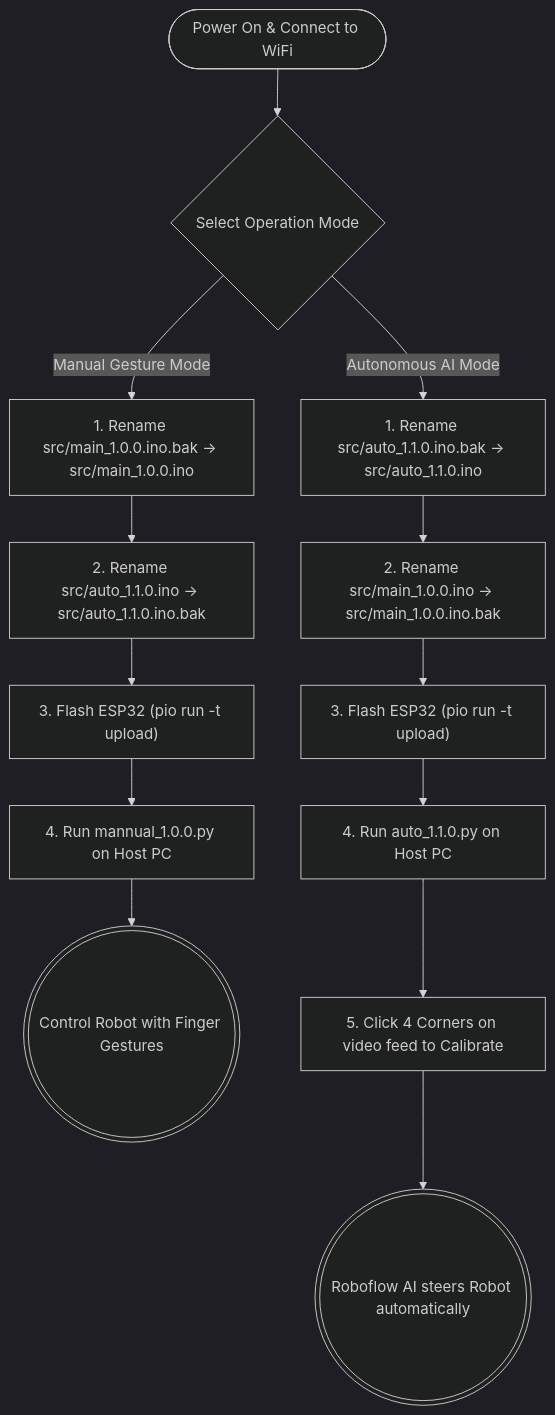
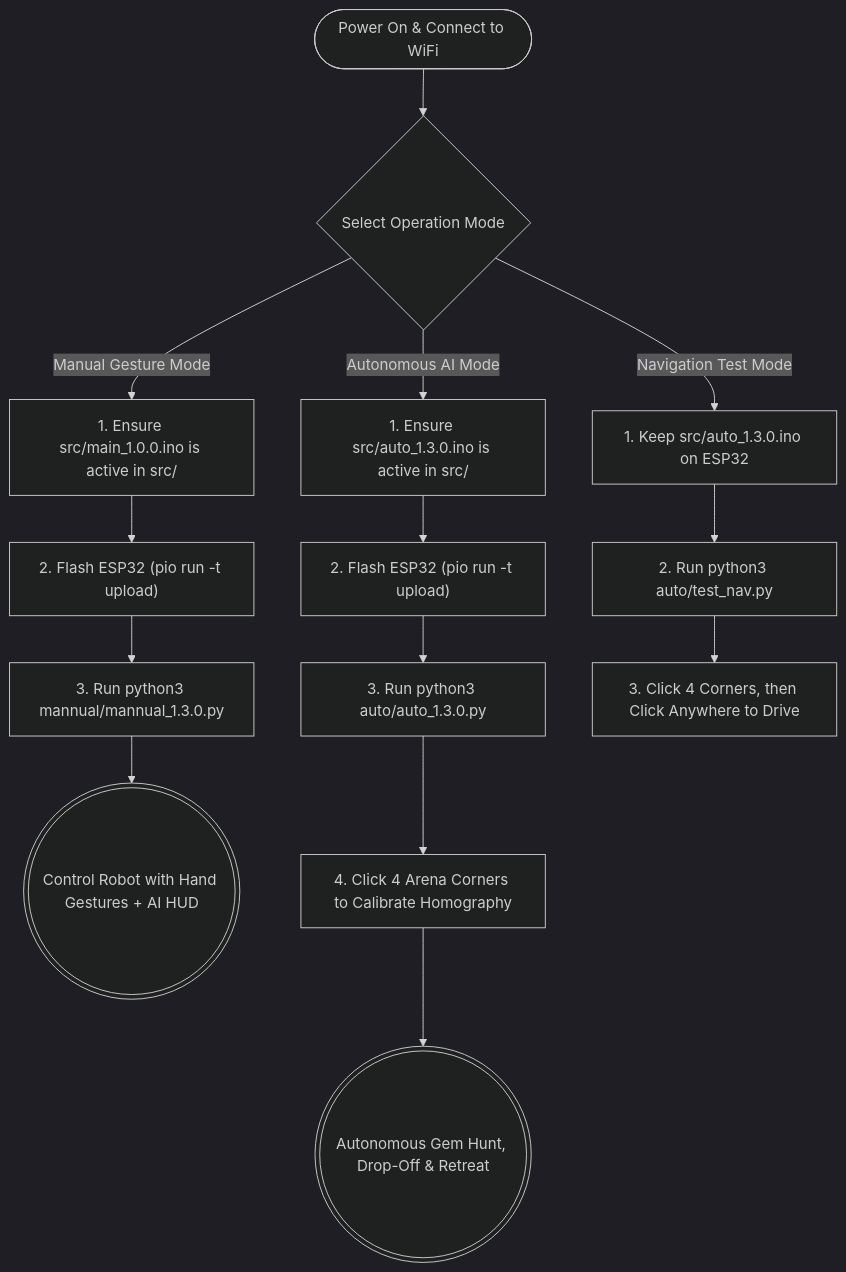
The diagram in README.md (Pr3mz/Eng-Expo), drawn with Mermaid (dark theme) before and after one commit. The commit also changed other lines of this file and 24 other files, not shown here.

First line of the commit message:
Add lessons learned document and update manual for gesture control and motor safety

````diff
--- a/README.md
+++ b/README.md
@@ -13,19 +43,22 @@
 ```mermaid
 flowchart TD
     Start([Power On & Connect to WiFi]) --> Choose{Select Operation Mode}
 
     %% MANUAL MODE PATH
-    Choose -->|Manual Gesture Mode| M1["1. Rename src/main_1.0.0.ino.bak -> src/main_1.0.0.ino"]
-    M1 --> M2["2. Rename src/auto_1.1.0.ino -> src/auto_1.1.0.ino.bak"]
-    M2 --> M3["3. Flash ESP32 (pio run -t upload)"]
-    M3 --> M4["4. Run mannual_1.0.0.py on Host PC"]
-    M4 --> M5(((Control Robot with Finger Gestures)))
+    Choose -->|Manual Gesture Mode| M1["1. Ensure src/main_1.0.0.ino is active in src/"]
+    M1 --> M2["2. Flash ESP32 (pio run -t upload)"]
+    M2 --> M3["3. Run python3 mannual/mannual_1.3.0.py"]
+    M3 --> M4(((Control Robot with Hand Gestures + AI HUD)))
 
     %% AUTO MODE PATH
-    Choose -->|Autonomous AI Mode| A1["1. Rename src/auto_1.1.0.ino.bak -> src/auto_1.1.0.ino"]
-    A1 --> A2["2. Rename src/main_1.0.0.ino -> src/main_1.0.0.ino.bak"]
-    A2 --> A3["3. Flash ESP32 (pio run -t upload)"]
-    A3 --> A4["4. Run auto_1.1.0.py on Host PC"]
-    A4 --> A5["5. Click 4 Corners on video feed to Calibrate"]
-    A5 --> A6(((Roboflow AI steers Robot automatically)))
+    Choose -->|Autonomous AI Mode| A1["1. Ensure src/auto_1.3.0.ino is active in src/"]
+    A1 --> A2["2. Flash ESP32 (pio run -t upload)"]
+    A2 --> A3["3. Run python3 auto/auto_1.3.0.py"]
+    A3 --> A4["4. Click 4 Arena Corners to Calibrate Homography"]
+    A4 --> A5(((Autonomous Gem Hunt, Drop-Off & Retreat)))
+
+    %% TEST NAV PATH
+    Choose -->|Navigation Test Mode| T1["1. Keep src/auto_1.3.0.ino on ESP32"]
+    T1 --> T2["2. Run python3 auto/test_nav.py"]
+    T2 --> T3["3. Click 4 Corners, then Click Anywhere to Drive"]
 ```
````
